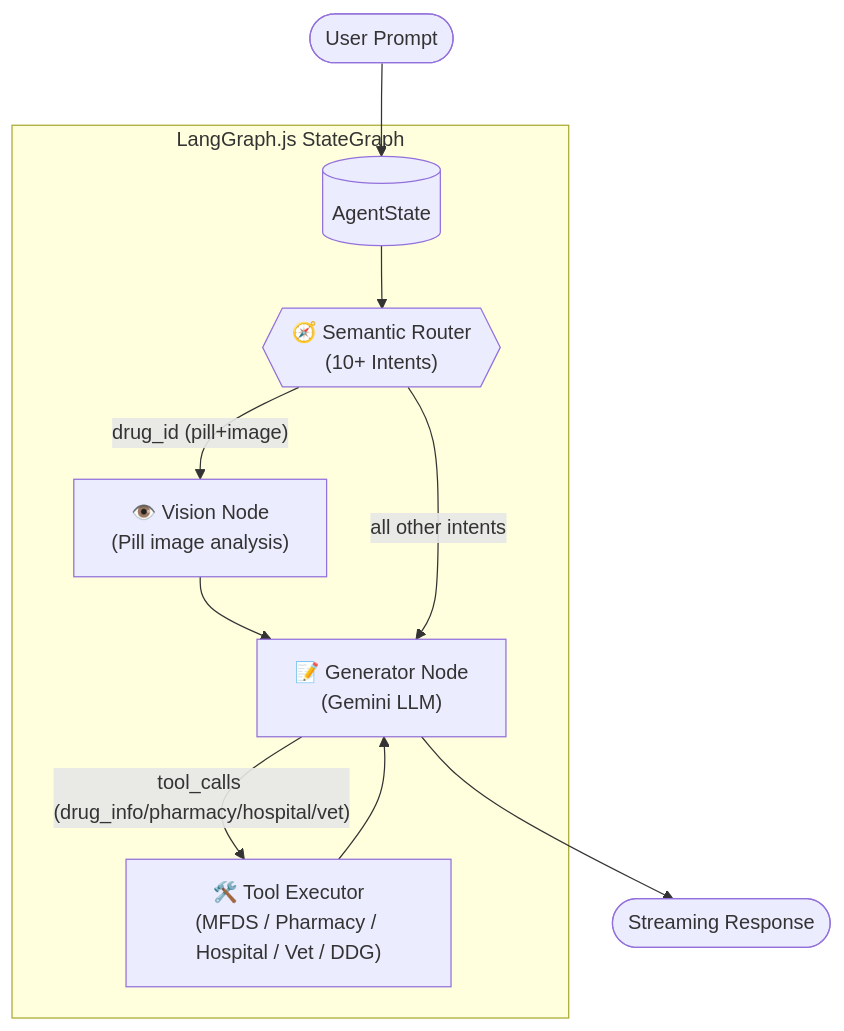
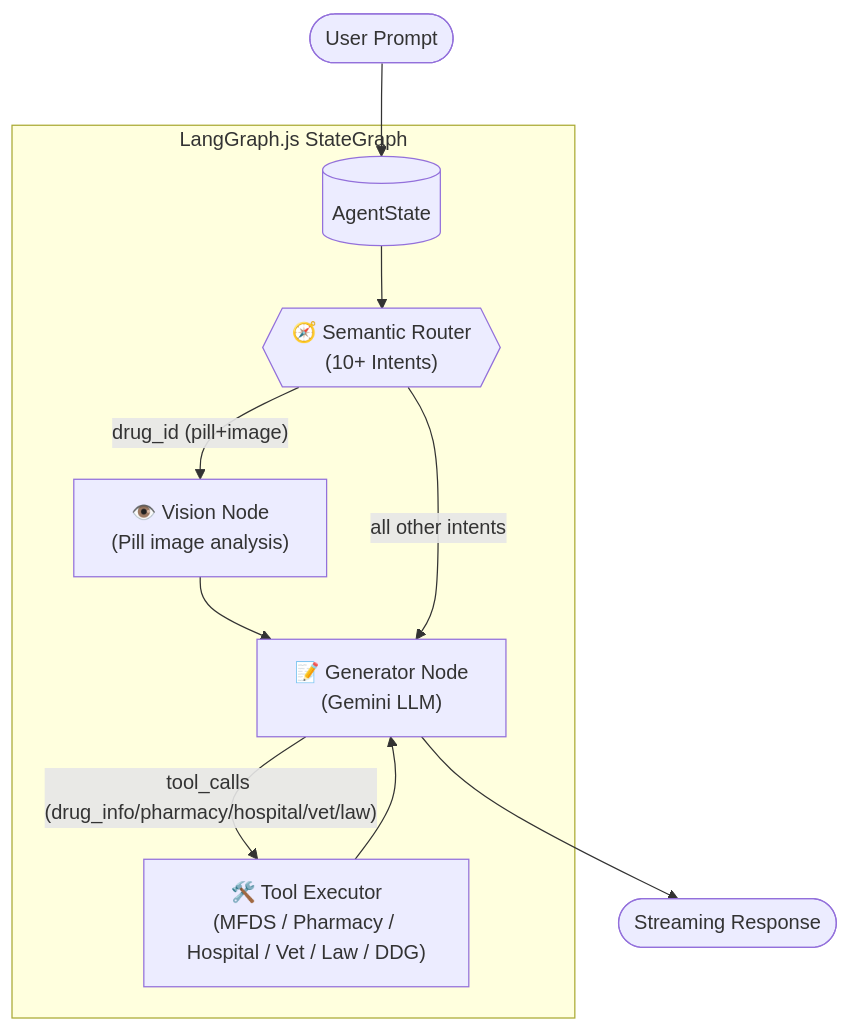
One commit to jpjp92/chat-agent changed the second of 2 diagrams in README.md. Above: the diagram before and after it, drawn with Mermaid. The commit also changed other lines of this file and 16 other files, not shown here.

````diff
--- a/README.md
+++ b/README.md
@@ -95,20 +102,20 @@
 ```mermaid
 flowchart TB
     User([User Prompt])
 
     subgraph StateGraph ["LangGraph.js StateGraph"]
         StateNode[("AgentState")]
         RouterNode{{"🧭 Semantic Router\n(10+ Intents)"}}
         Vision["👁️ Vision Node\n(Pill image analysis)"]
-        Tools["🛠️ Tool Executor\n(MFDS / Pharmacy / Hospital / Vet / DDG)"]
+        Tools["🛠️ Tool Executor\n(MFDS / Pharmacy / Hospital / Vet / Law / DDG)"]
         Generator["📝 Generator Node\n(Gemini LLM)"]
     end
 
     Output([Streaming Response])
 
     User --> StateNode --> RouterNode
     RouterNode -- "drug_id (pill+image)" --> Vision --> Generator
     RouterNode -- "all other intents" --> Generator
-    Generator -- "tool_calls (drug_info/pharmacy/hospital/vet)" --> Tools --> Generator
+    Generator -- "tool_calls (drug_info/pharmacy/hospital/vet/law)" --> Tools --> Generator
     Generator --> Output
 ```
````
